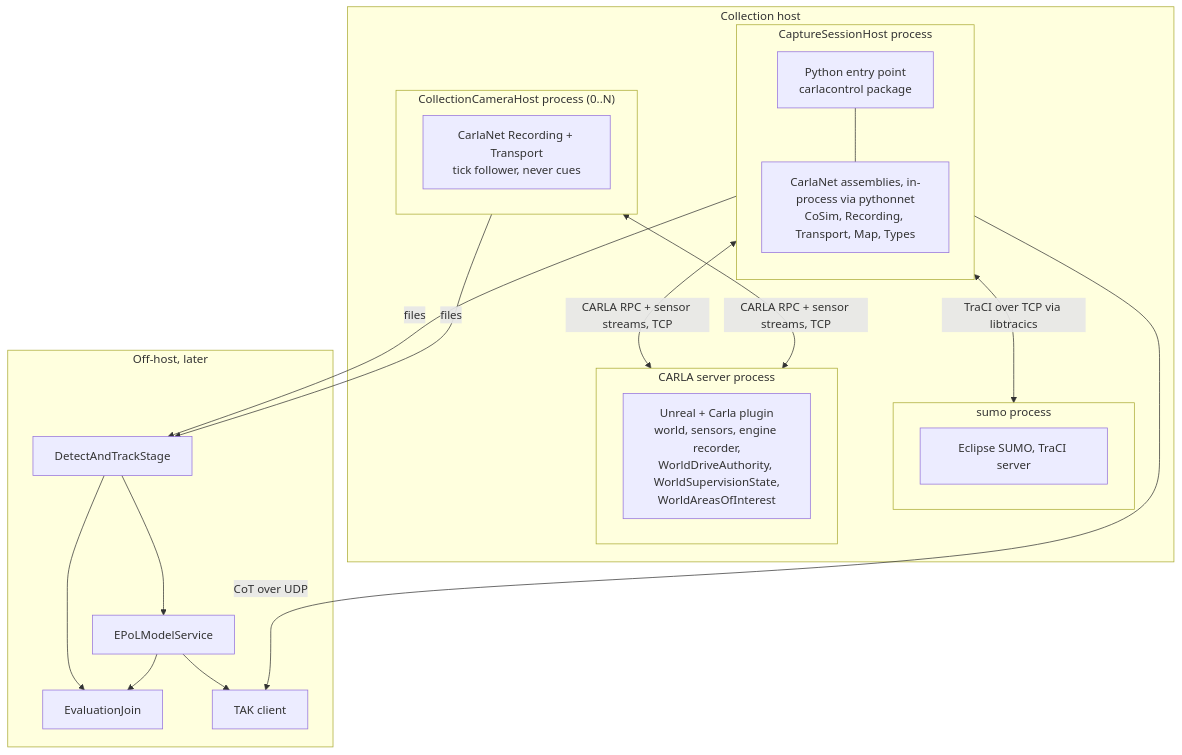
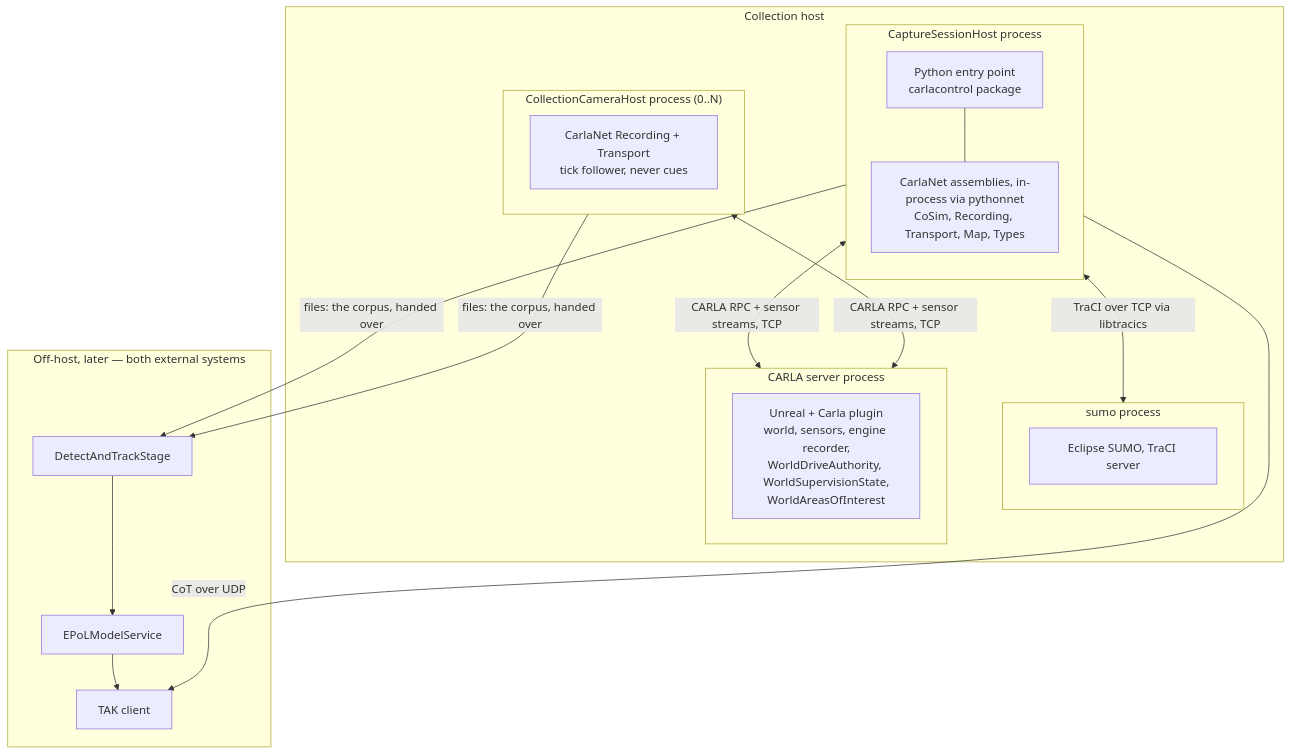
Before and after one commit to sbrett9/carla: the fourth of 8 diagrams in Docs/CAT_Research/Plans/SUMO_Behavioral_Capture/01_Architecture.md, drawn with Mermaid. The commit also changed other lines of this file and 10 other files, not shown here.

````diff
--- a/Docs/CAT_Research/Plans/SUMO_Behavioral_Capture/01_Architecture.md
+++ b/Docs/CAT_Research/Plans/SUMO_Behavioral_Capture/01_Architecture.md
@@ -349,37 +393,34 @@
 ```mermaid
 flowchart TB
     subgraph host["Collection host"]
         subgraph p1["CaptureSessionHost process"]
             direction TB
             PY["Python entry point<br/>carlacontrol package"]
             NET["CarlaNet assemblies, in-process via pythonnet<br/>CoSim, Recording, Transport, Map, Types"]
             PY --- NET
         end
         subgraph p2["CollectionCameraHost process (0..N)"]
             NET2["CarlaNet Recording + Transport<br/>tick follower, never cues"]
         end
         subgraph p3["sumo process"]
             SUM["Eclipse SUMO, TraCI server"]
         end
         subgraph p4["CARLA server process"]
             UE["Unreal + Carla plugin<br/>world, sensors, engine recorder,<br/>WorldDriveAuthority, WorldSupervisionState,<br/>WorldAreasOfInterest"]
         end
     end
-    subgraph off["Off-host, later"]
+    subgraph off["Off-host, later — both external systems"]
         DAT["DetectAndTrackStage"]
         EPOL["EPoLModelService"]
-        EJ["EvaluationJoin"]
         TAK["TAK client"]
     end
 
     p1 <-->|"CARLA RPC + sensor streams, TCP"| p4
     p2 <-->|"CARLA RPC + sensor streams, TCP"| p4
     p1 <-->|"TraCI over TCP via libtracics"| p3
-    p1 -->|"files"| DAT
-    p2 -->|"files"| DAT
+    p1 -->|"files: the corpus, handed over"| DAT
+    p2 -->|"files: the corpus, handed over"| DAT
     p1 -->|"CoT over UDP"| TAK
     DAT --> EPOL
-    DAT --> EJ
-    EPOL --> EJ
     EPOL --> TAK
 ```
````
